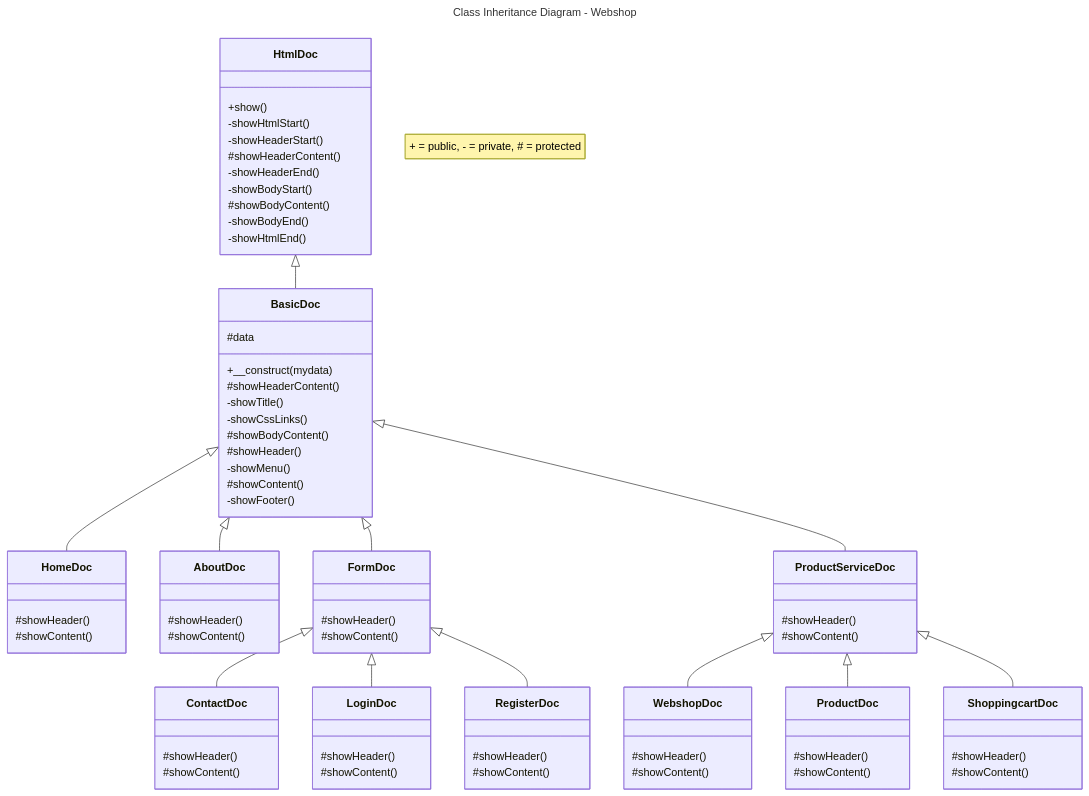
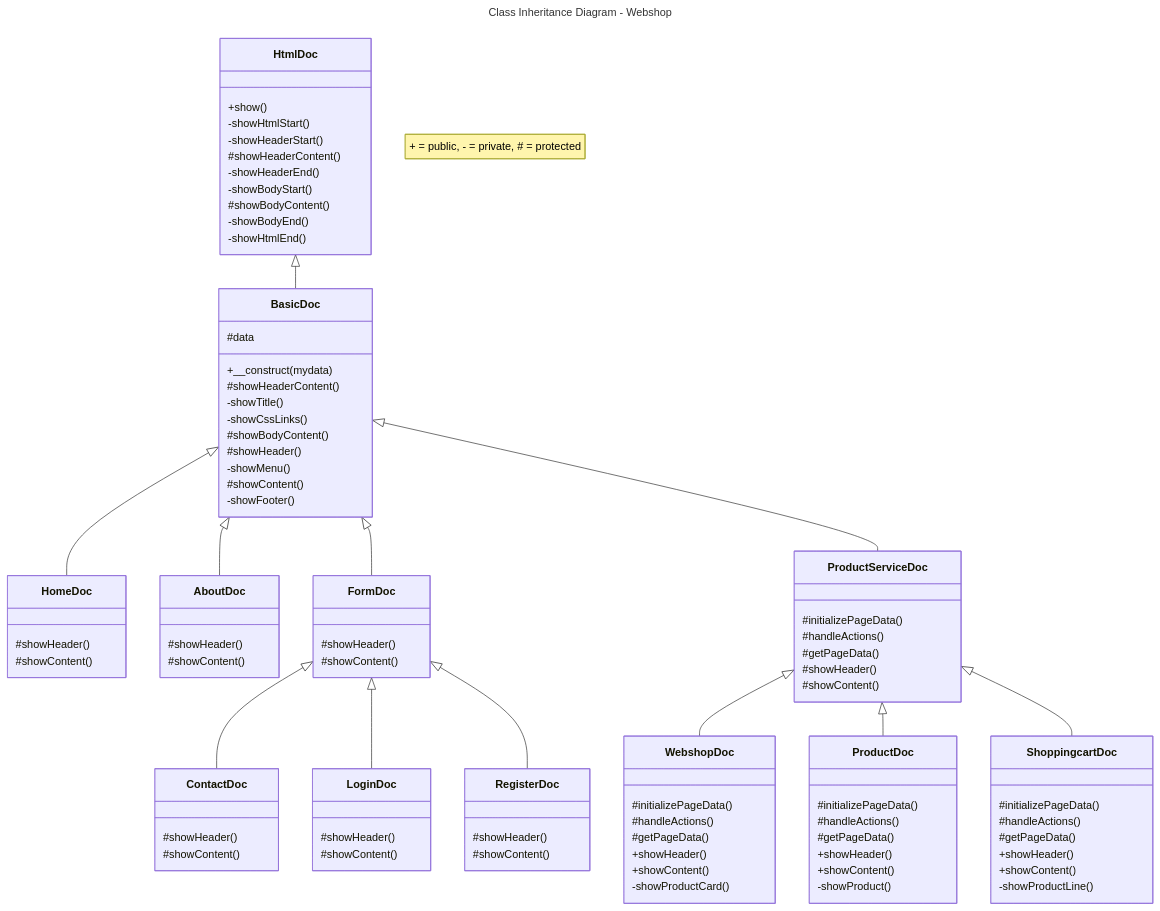
Before and after one commit to JeroenHeemskerk/educom-webshop-oop-1698314724: the diagram in Diagrams/class-inheritance-diagram-webshop.md, drawn with Mermaid.

```diff
--- a/Diagrams/class-inheritance-diagram-webshop.md
+++ b/Diagrams/class-inheritance-diagram-webshop.md
@@ -76,20 +76,35 @@
 
 
     class ProductServiceDoc{
+        #initializePageData()
+        #handleActions()
+        #getPageData()
         #showHeader()
         #showContent()
     }
     class WebshopDoc{
-        #showHeader()
-        #showContent()
+        #initializePageData()
+        #handleActions()
+        #getPageData()
+        +showHeader()
+        +showContent()
+        -showProductCard()
     }
     class ShoppingcartDoc{
-        #showHeader()
-        #showContent()
+        #initializePageData()
+        #handleActions()
+        #getPageData()
+        +showHeader()
+        +showContent()
+        -showProductLine()
     }
     class ProductDoc{
-        #showHeader()
-        #showContent()
+        #initializePageData()
+        #handleActions()
+        #getPageData()
+        +showHeader()
+        +showContent()
+        -showProduct()
     }
 
 
```
